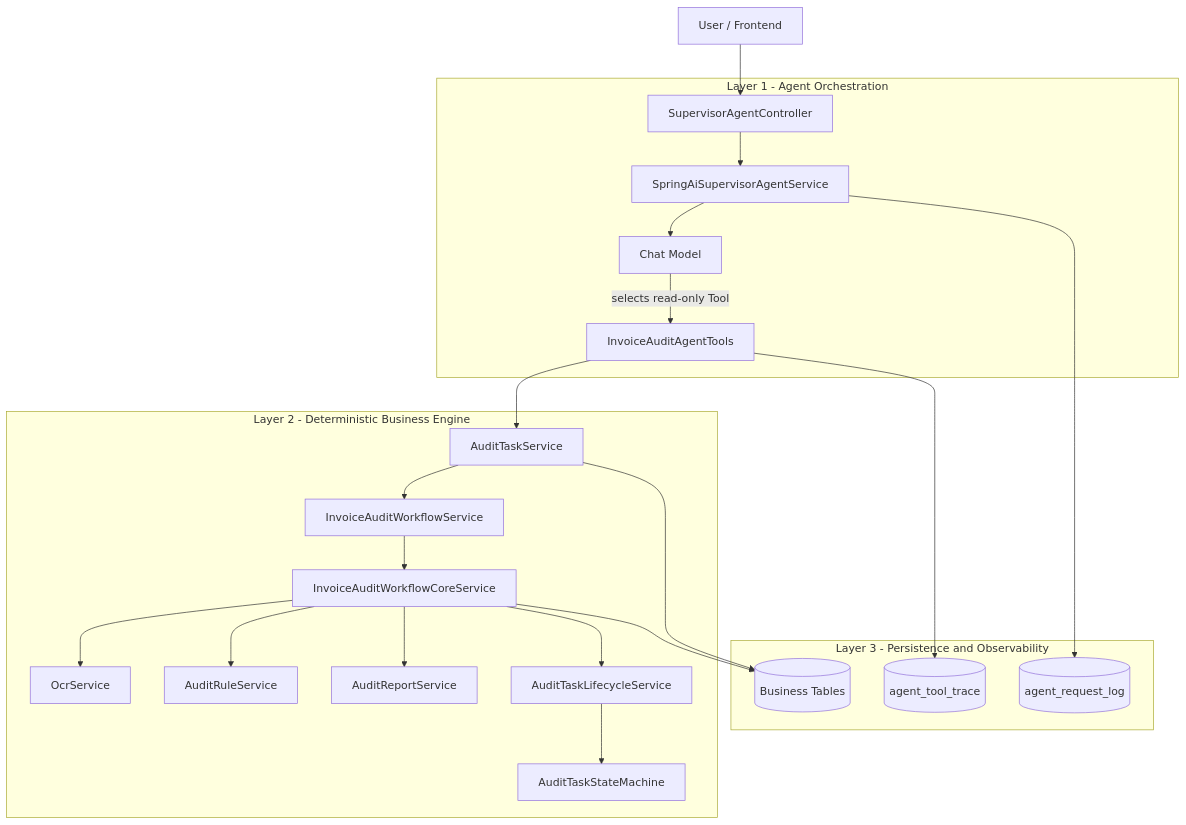
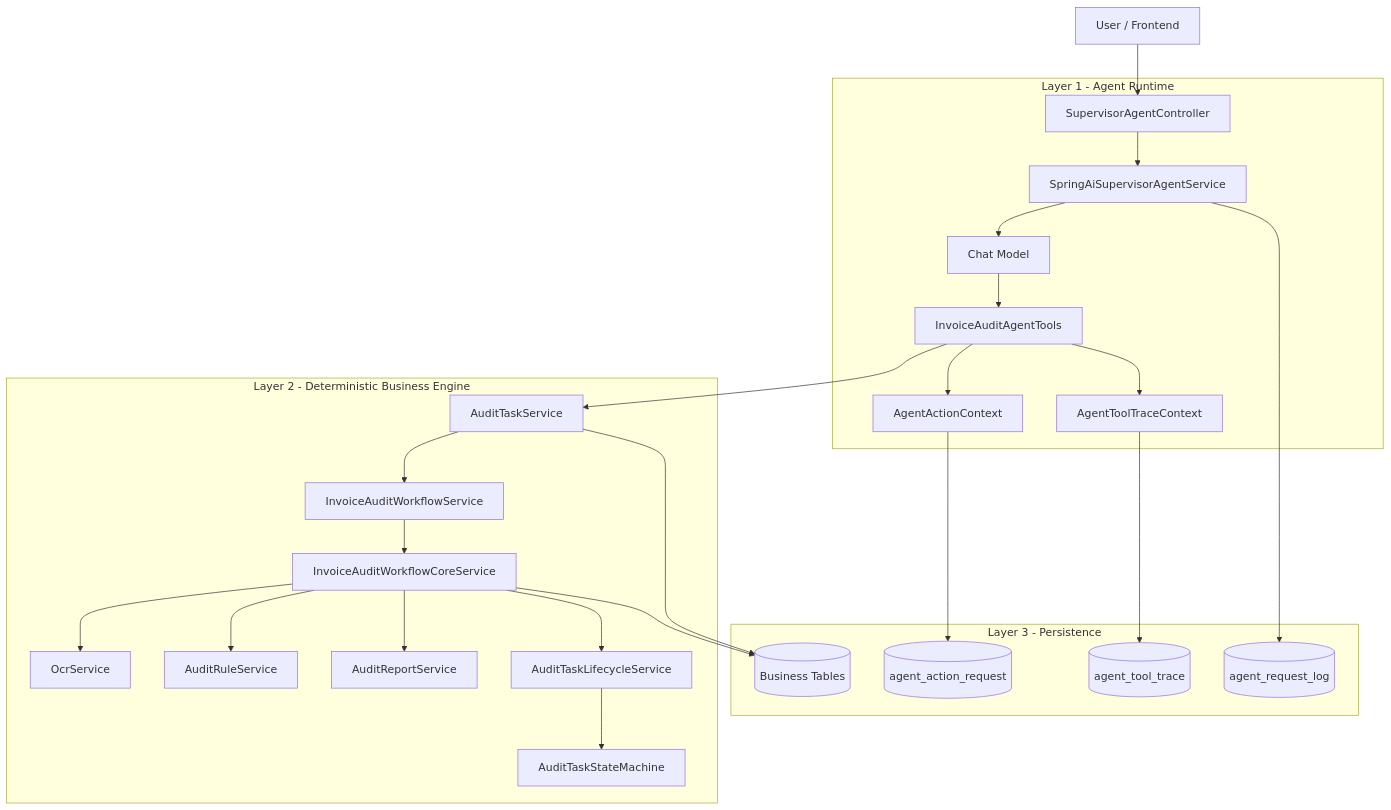
The first of 9 diagrams in README.md (Chuan1130/invoice-agent-system), drawn with Mermaid before and after one commit. The commit also changed other lines of this file and 1 other file, not shown here.

Commit message:
docs: visualize Agent Runtime v1.0 and runtime guards

````diff
--- a/README.md
+++ b/README.md
@@ -71,47 +75,55 @@
 ```mermaid
 flowchart TB
     U[User / Frontend]
 
-    subgraph L1[Layer 1 - Agent Orchestration]
+    subgraph A[Layer 1 - Agent Runtime]
         AC[SupervisorAgentController]
         SA[SpringAiSupervisorAgentService]
         LLM[Chat Model]
-        TOOL[InvoiceAuditAgentTools]
+        TOOLS[InvoiceAuditAgentTools]
+        ACTX[AgentActionContext]
+        TRACE[AgentToolTraceContext]
     end
 
-    subgraph L2[Layer 2 - Deterministic Business Engine]
+    subgraph B[Layer 2 - Deterministic Business Engine]
         ATS[AuditTaskService]
         WF[InvoiceAuditWorkflowService]
         CORE[InvoiceAuditWorkflowCoreService]
         LIFE[AuditTaskLifecycleService]
         SM[AuditTaskStateMachine]
         OCR[OcrService]
         RULE[AuditRuleService]
         REPORT[AuditReportService]
     end
 
-    subgraph L3[Layer 3 - Persistence and Observability]
-        BM[(Business Tables)]
-        AR[(agent_request_log)]
+    subgraph C[Layer 3 - Persistence]
+        BT[(Business Tables)]
+        REQ[(agent_request_log)]
         TT[(agent_tool_trace)]
+        AA[(agent_action_request)]
     end
 
     U --> AC
     AC --> SA
     SA --> LLM
-    LLM -->|selects read-only Tool| TOOL
-    TOOL --> ATS
+    LLM --> TOOLS
+
+    TOOLS --> ATS
+    TOOLS --> ACTX
+    TOOLS --> TRACE
 
     ATS --> WF
     WF --> CORE
     CORE --> OCR
     CORE --> RULE
     CORE --> REPORT
     CORE --> LIFE
     LIFE --> SM
-    ATS --> BM
-    CORE --> BM
 
-    SA --> AR
-    TOOL --> TT
+    ATS --> BT
+    CORE --> BT
+
+    SA --> REQ
+    TRACE --> TT
+    ACTX --> AA
 ```
````
